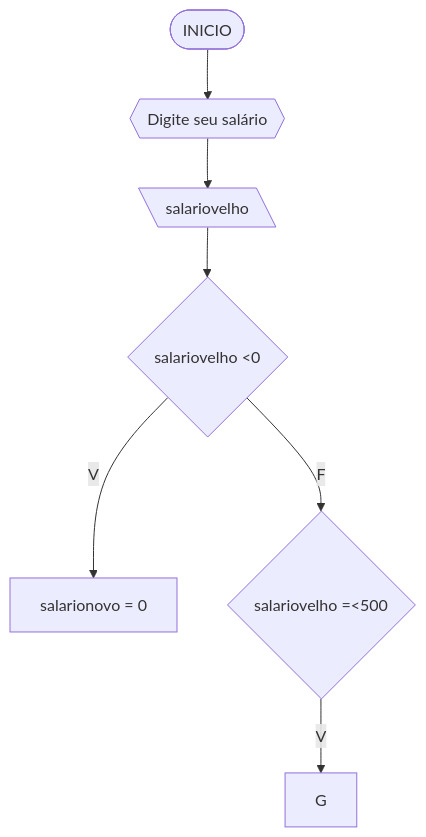
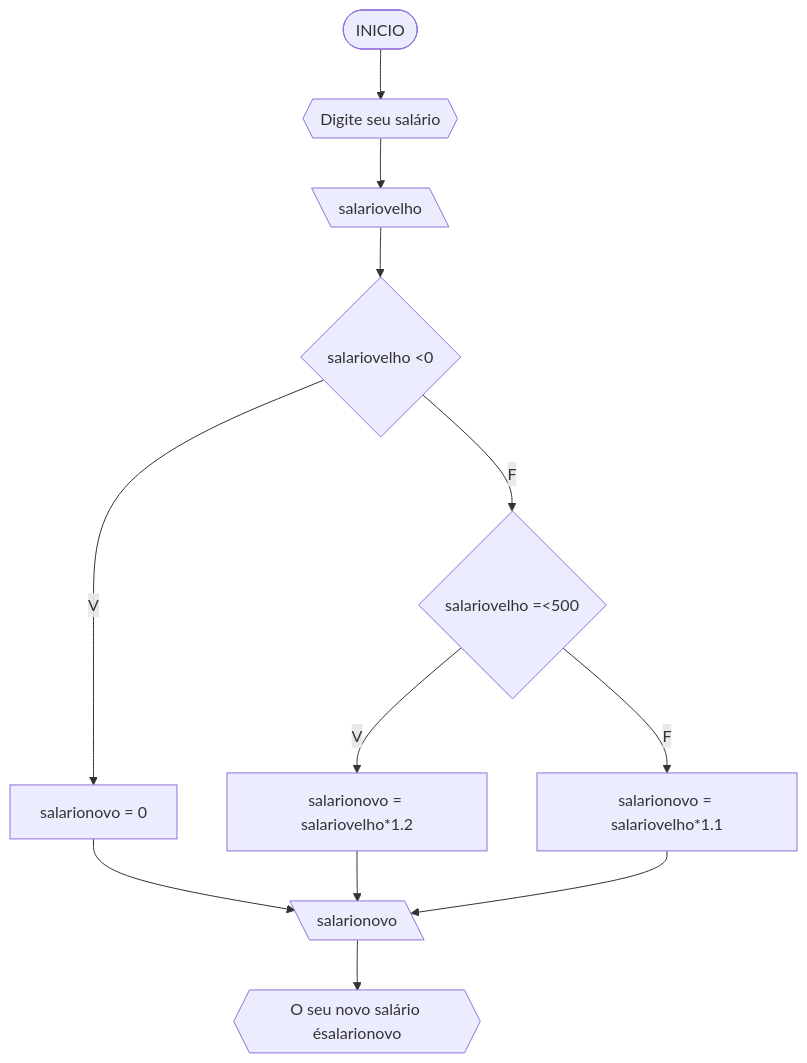
Before and after one commit to MozillaFirefox/UNIFOR: the second of 4 diagrams in codigos.md, drawn with Mermaid.

````diff
--- a/codigos.md
+++ b/codigos.md
@@ -61,10 +61,15 @@
 ```mermaid
 flowchart TD
 A([INICIO]) --> B{{Digite seu salário}}
 B --> C[\salariovelho\]
 C --> D{salariovelho <0}
 D --V--> E[salarionovo = 0]
 D--F--> F{salariovelho =<500}
-F--V-->G  
+F--V-->G[salarionovo = salariovelho*1.2]
+F--F-->H[salarionovo = salariovelho*1.1]
+E-->J[\salarionovo\]
+G-->J
+H-->J
+J-->K{{"O seu novo salário é"salarionovo}} 
 
 ```
````
